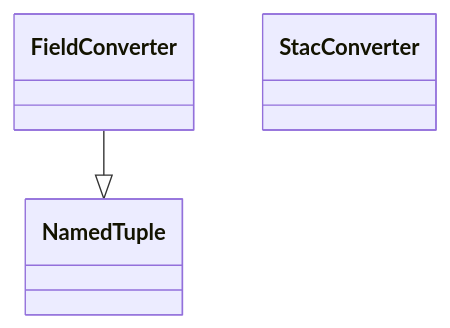
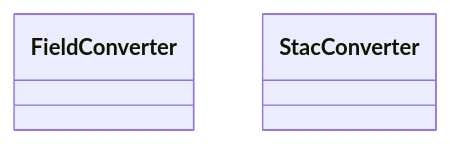
The diagram in docs/source/docfiles/markdown/data_types_diagram/utils_hierarchy.md (microsoft/farmvibes-ai), drawn with Mermaid before and after one commit. The commit also changed 34 other files, not shown here.

```diff
--- a/docs/source/docfiles/markdown/data_types_diagram/utils_hierarchy.md
+++ b/docs/source/docfiles/markdown/data_types_diagram/utils_hierarchy.md
@@ -2,13 +2,10 @@
 <div class="mermaid">
 
 classDiagram
-  class NamedTuple {
-  }
   class FieldConverter {
   }
   class StacConverter {
   }
-  FieldConverter --|> NamedTuple
 
 
 </div>
```
